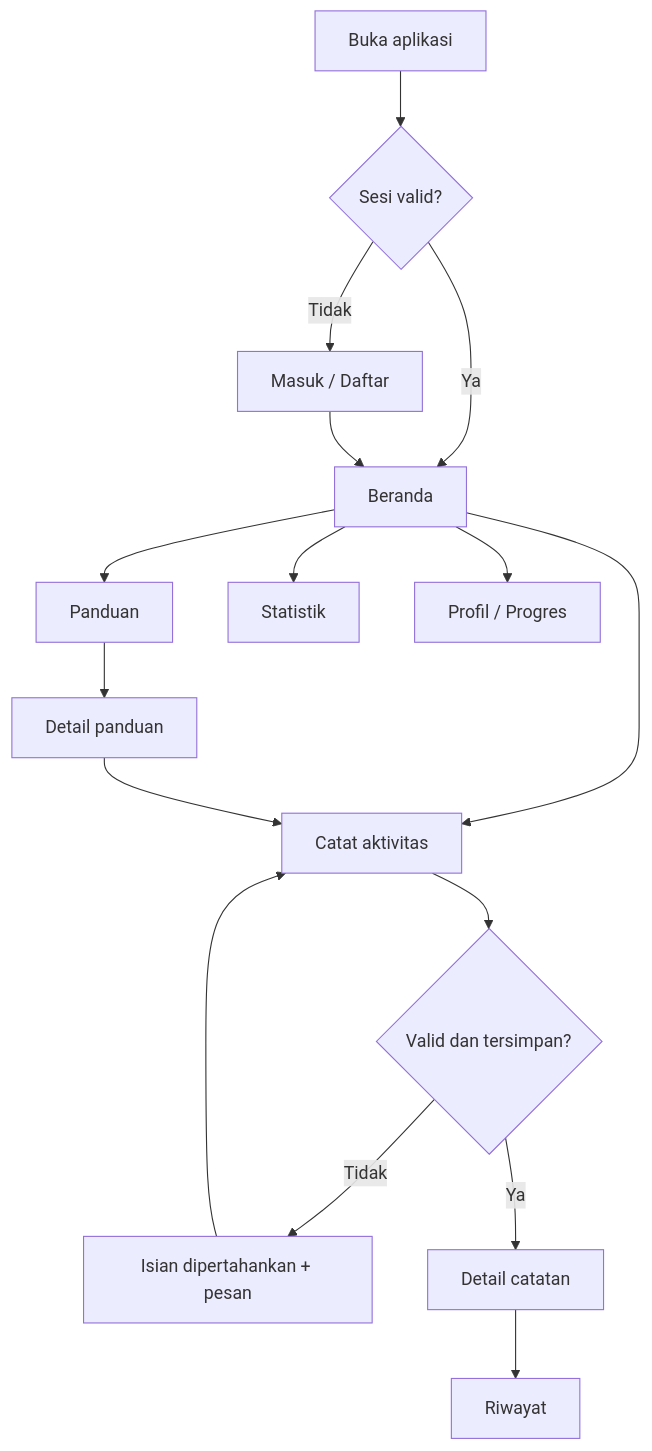
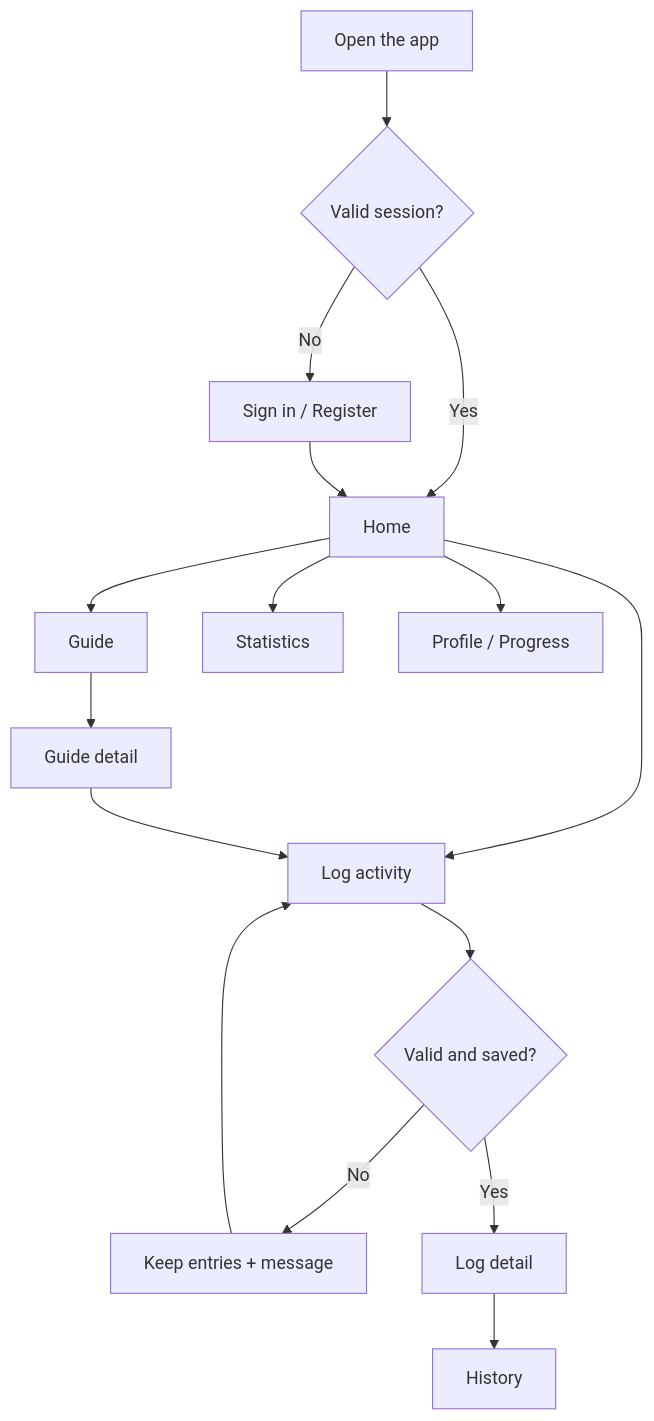
One commit to waste-not-app/waste-not-android changed the diagram in docs/design-kit/PRD.md. Above: the diagram before and after it, drawn with Mermaid. The commit also changed other lines of this file and 10 other files, not shown here.

````diff
--- a/docs/design-kit/PRD.md
+++ b/docs/design-kit/PRD.md
@@ -94,18 +94,18 @@
 ```mermaid
 flowchart TD
-  Launch[Buka aplikasi] --> Session{Sesi valid?}
-  Session -->|Tidak| Login[Masuk / Daftar]
-  Session -->|Ya| Home[Beranda]
+  Launch[Open the app] --> Session{Valid session?}
+  Session -->|No| Login[Sign in / Register]
+  Session -->|Yes| Home[Home]
   Login --> Home
-  Home --> Add[Catat aktivitas]
-  Add --> Validate{Valid dan tersimpan?}
-  Validate -->|Tidak| Retain[Isian dipertahankan + pesan]
+  Home --> Add[Log activity]
+  Add --> Validate{Valid and saved?}
+  Validate -->|No| Retain[Keep entries + message]
   Retain --> Add
-  Validate -->|Ya| Detail[Detail catatan]
-  Detail --> History[Riwayat]
-  Home --> Guide[Panduan]
-  Guide --> GuideDetail[Detail panduan]
+  Validate -->|Yes| Detail[Log detail]
+  Detail --> History[History]
+  Home --> Guide[Guide]
+  Guide --> GuideDetail[Guide detail]
   GuideDetail --> Add
-  Home --> Statistics[Statistik]
-  Home --> Profile[Profil / Progres]
+  Home --> Statistics[Statistics]
+  Home --> Profile[Profile / Progress]
 ```
````
